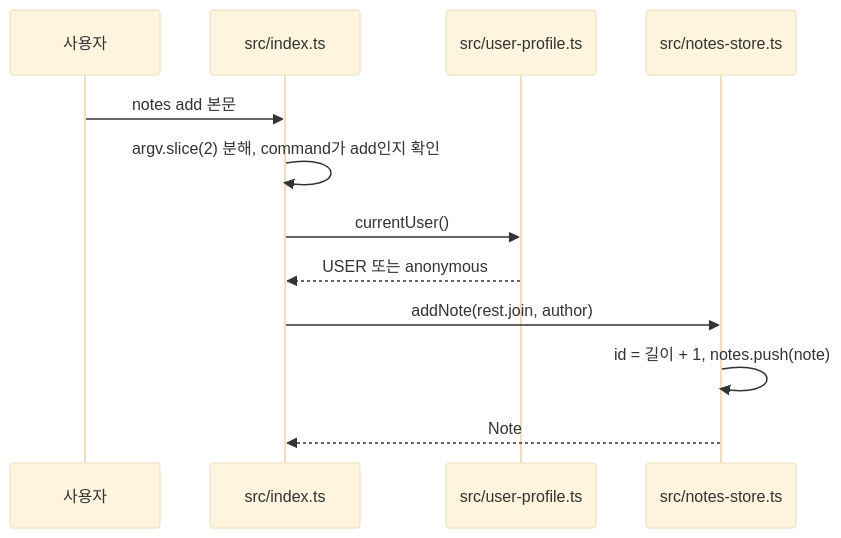
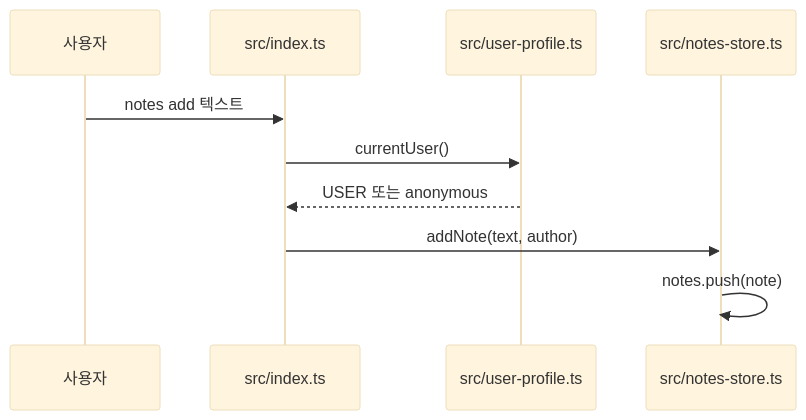
One commit to hxxnn/codemap changed the first of 3 diagrams in examples/ts-notes-cli/docs/codemap/sequence-flow.md. Above: the diagram before and after it, drawn with Mermaid (base theme). The commit also changed other lines of this file and 45 other files, not shown here.

````diff
--- a/examples/ts-notes-cli/docs/codemap/sequence-flow.md
+++ b/examples/ts-notes-cli/docs/codemap/sequence-flow.md
@@ -18,14 +18,12 @@
 ```mermaid
 sequenceDiagram
   participant U as 사용자
-  participant idx as src/index.ts
-  participant prof as src/user-profile.ts
-  participant store as src/notes-store.ts
-  U->>idx: notes add 본문
-  idx->>idx: argv.slice(2) 분해, command가 add인지 확인
-  idx->>prof: currentUser()
-  prof-->>idx: USER 또는 anonymous
-  idx->>store: addNote(rest.join, author)
-  store->>store: id = 길이 + 1, notes.push(note)
-  store-->>idx: Note
+  participant I as src/index.ts
+  participant P as src/user-profile.ts
+  participant S as src/notes-store.ts
+  U->>I: notes add 텍스트
+  I->>P: currentUser()
+  P-->>I: USER 또는 anonymous
+  I->>S: addNote(text, author)
+  S->>S: notes.push(note)
 ```
````
